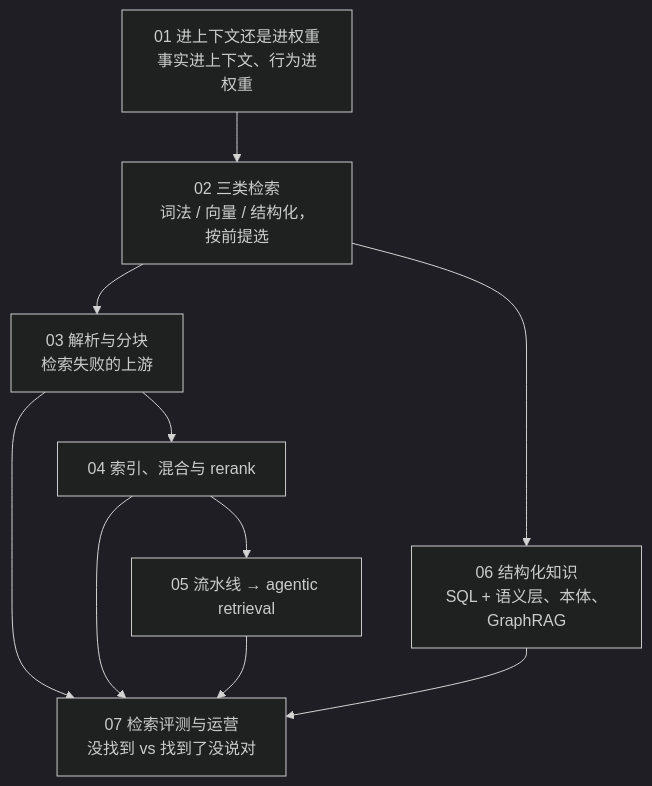
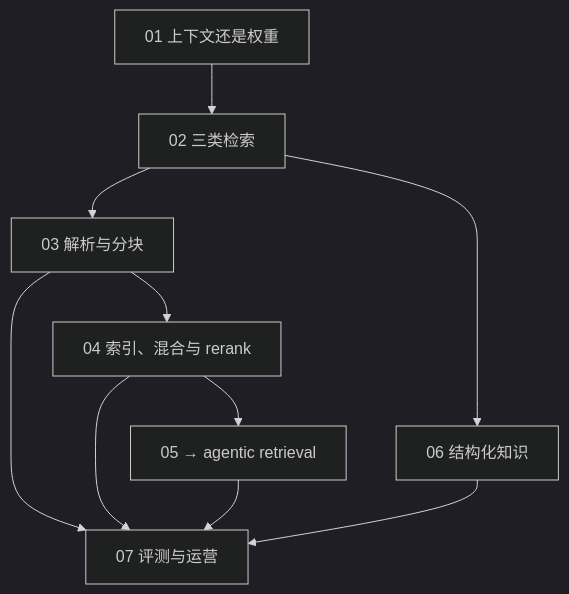
Before and after one commit to arganzheng/arganzheng.github.com: the first of 7 diagrams in slides/2026-10-19-retrieval-and-knowledge.md, drawn with Mermaid (dark theme). The commit also changed other lines of this file, not shown here.

Commit message:
slides(2026-10-19-retrieval-and-knowledge): 图内文字 ≥14px——标签缩短/拆分/Unicode 数学

````diff
--- a/slides/2026-10-19-retrieval-and-knowledge.md
+++ b/slides/2026-10-19-retrieval-and-knowledge.md
@@ -26,9 +26,9 @@
 ```mermaid
 %%{init: {"flowchart": {"wrappingWidth": 170}}}%%
 flowchart TB
-    K1["01 进上下文还是进权重<br/>事实进上下文、行为进权重"] --> K2["02 三类检索<br/>词法 / 向量 / 结构化，按前提选"]
-    K2 --> K3["03 解析与分块<br/>检索失败的上游"] --> K4["04 索引、混合与 rerank"]
-    K4 --> K5["05 流水线 → agentic retrieval"]
-    K2 --> K6["06 结构化知识<br/>SQL + 语义层、本体、GraphRAG"]
-    K3 & K4 & K5 & K6 --> K7["07 检索评测与运营<br/>没找到 vs 找到了没说对"]
+    K1["01 上下文还是权重"] --> K2["02 三类检索"]
+    K2 --> K3["03 解析与分块"] --> K4["04 索引、混合与 rerank"]
+    K4 --> K5["05 → agentic retrieval"]
+    K2 --> K6["06 结构化知识"]
+    K3 & K4 & K5 & K6 --> K7["07 评测与运营"]
 ```
````
